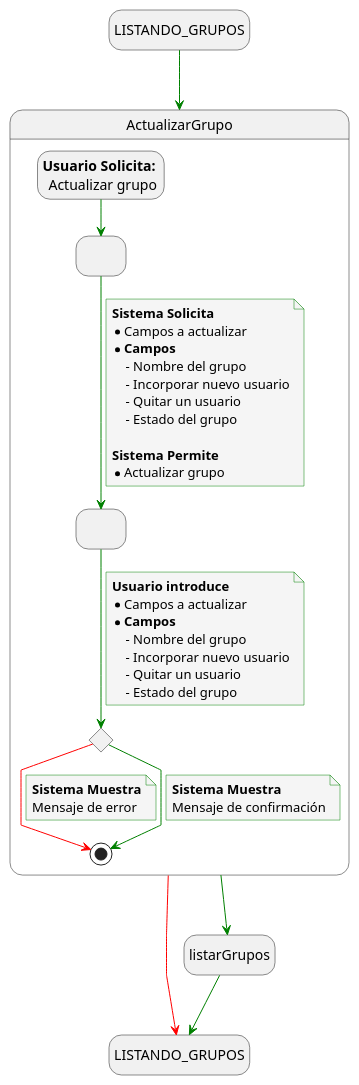
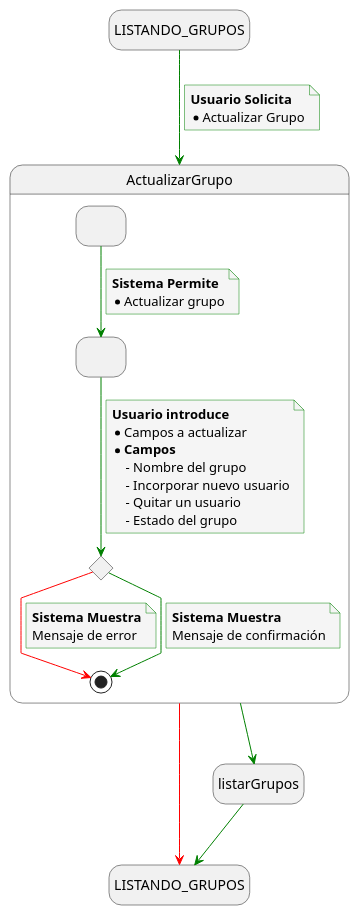
Before and after one commit to mmasias/24-25-IdSw1-SDR: the diagram in docs/casosDeUso/detalladoCasosDeUso/detalladoGrupos/detalladoActualizarGrupos.puml, drawn with PlantUML. The commit also changed 7 other files, not shown here.

```diff
--- a/docs/casosDeUso/detalladoCasosDeUso/detalladoGrupos/detalladoActualizarGrupos.puml
+++ b/docs/casosDeUso/detalladoCasosDeUso/detalladoGrupos/detalladoActualizarGrupos.puml
@@ -1,68 +1,62 @@
 @startuml actualizar_grupo
 
 skinparam {
   NoteBackgroundColor #whiteSmoke
   ArrowColor #green
   NoteBorderColor #green
   linetype polyline
 }
 
 hide empty description
 
 state startState as "LISTANDO_GRUPOS"
 state endState as "LISTANDO_GRUPOS"
 state listarGrupos as "listarGrupos"
 
 startState --> ActualizarGrupo
+note on link
+    <b>Usuario Solicita</b>
+    * Actualizar Grupo
+end note
 
 ActualizarGrupo -[#red]-> endState
 ActualizarGrupo --> listarGrupos
 listarGrupos --> endState
 
 state ActualizarGrupo {
     state solicitudFiltros as " "
     state envioFiltros as " "
     state revisionFiltrosEnviados <<choice>>
-    state usuarioSolicita as "<b>Usuario Solicita:</b> \n Actualizar grupo"
-
-    usuarioSolicita --> solicitudFiltros
+    
     solicitudFiltros --> envioFiltros
     note on link
-        <b>Sistema Solicita</b>
-        * Campos a actualizar
-        * <b>Campos</b>
-            - Nombre del grupo
-            - Incorporar nuevo usuario
-            - Quitar un usuario
-            - Estado del grupo
-
         <b>Sistema Permite</b>
         * Actualizar grupo
     end note
 
     envioFiltros --> revisionFiltrosEnviados
     note on link
         <b>Usuario introduce</b>
         * Campos a actualizar
         * <b>Campos</b>
             - Nombre del grupo
             - Incorporar nuevo usuario
             - Quitar un usuario
             - Estado del grupo
     end note
 
     revisionFiltrosEnviados -[#red]-> [*]
 
     note on link
         <b>Sistema Muestra</b>
         Mensaje de error
     end note
 
     revisionFiltrosEnviados --> [*]
     note on link
         <b>Sistema Muestra</b>
         Mensaje de confirmación
     end note
 }
 
 @enduml
```
